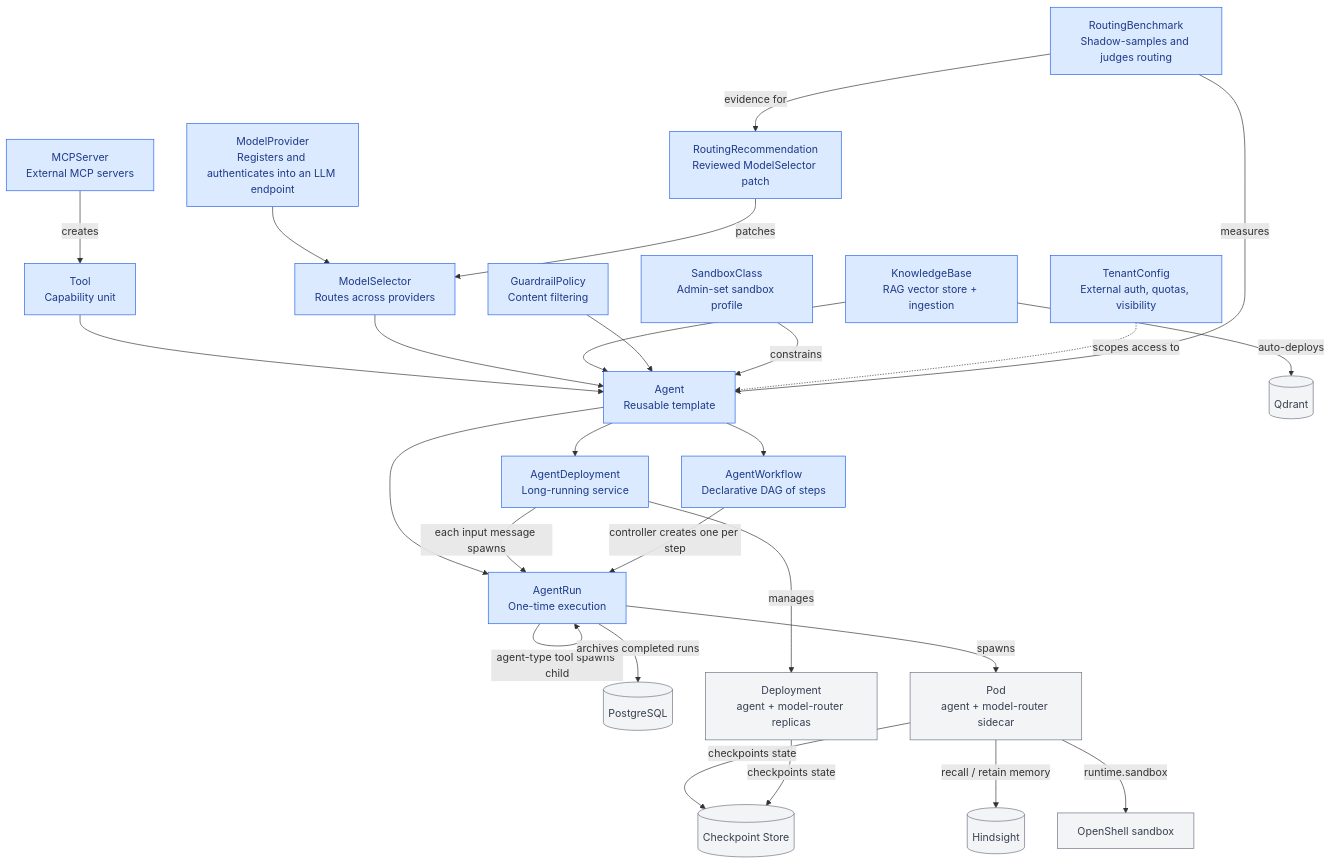
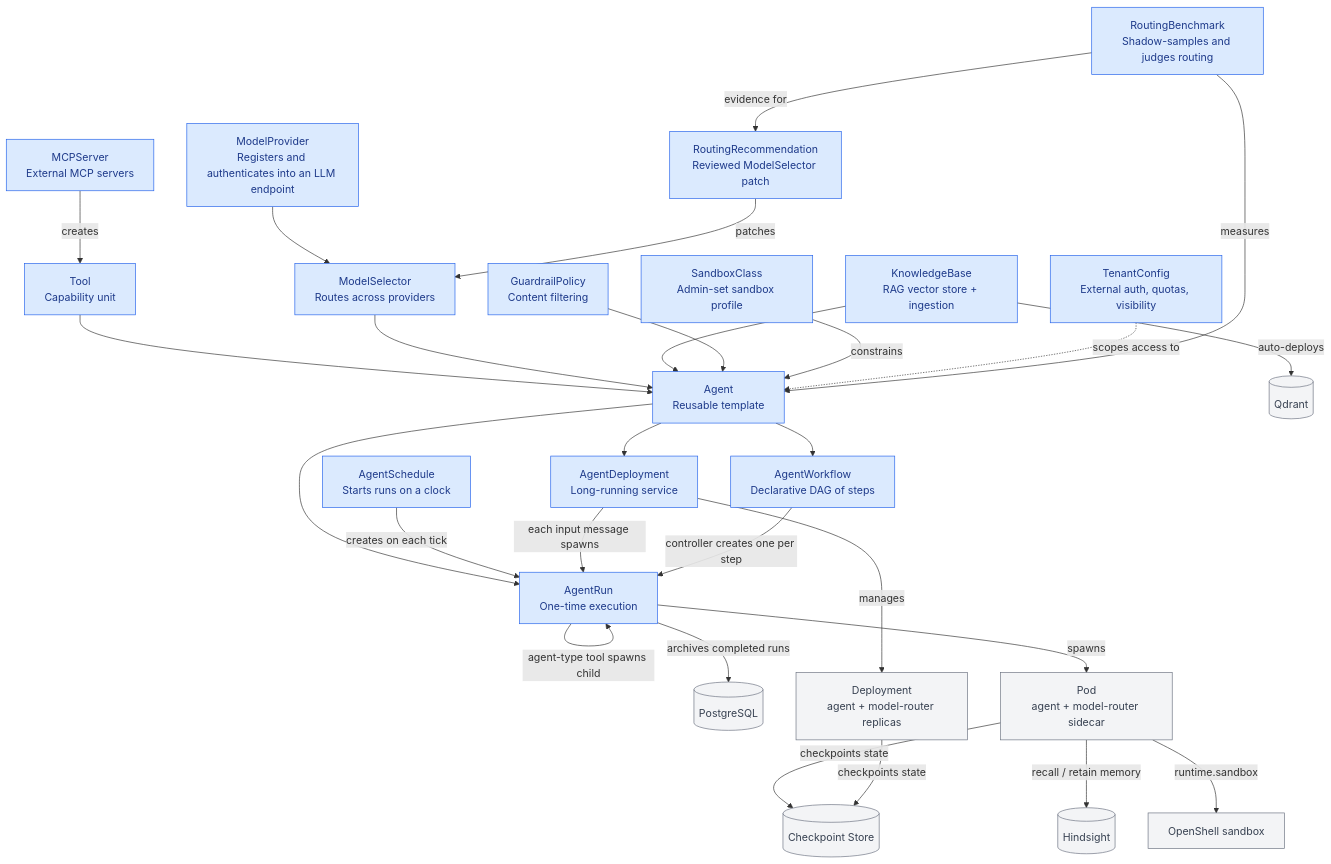
The first of 6 diagrams in docs/crds.md (heddles/agent-orca), drawn with Mermaid before and after one commit. The commit also changed other lines of this file and 22 other files, not shown here.

First line of the commit message:
feat(schedule): AgentSchedule CRD and controller core (S1) (#224)

````diff
--- a/docs/crds.md
+++ b/docs/crds.md
@@ -11,36 +11,37 @@
 ```mermaid
 graph TD
     MP[ModelProvider<br/>Registers and authenticates into an LLM endpoint] --> MS[ModelSelector<br/>Routes across providers]
     T[Tool<br/>Capability unit] --> A[Agent<br/>Reusable template]
     MS --> A
     KB[KnowledgeBase<br/>RAG vector store + ingestion] --> A
     A --> AR[AgentRun<br/>One-time execution]
     A --> AD[AgentDeployment<br/>Long-running service]
     A --> AW[AgentWorkflow<br/>Declarative DAG of steps]
+    SCH[AgentSchedule<br/>Starts runs on a clock] -->|creates on each tick| AR
     GP[GuardrailPolicy<br/>Content filtering] --> A
     MCPS[MCPServer<br/>External MCP servers] -->|creates| T
     SC[SandboxClass<br/>Admin-set sandbox profile] -->|constrains| A
     TC[TenantConfig<br/>External auth, quotas, visibility] -.->|scopes access to| A
     RB[RoutingBenchmark<br/>Shadow-samples and judges routing] -->|measures| A
     RB -->|evidence for| RR[RoutingRecommendation<br/>Reviewed ModelSelector patch]
     RR -->|patches| MS
 
     AD -->|each input message spawns| AR
     AR -->|agent-type tool spawns child| AR
     AW -->|controller creates one per step| AR
 
     AR -->|spawns| Pod1[Pod<br/>agent + model-router sidecar]
     AD -->|manages| Dep[Deployment<br/>agent + model-router replicas]
 
     Pod1 -->|checkpoints state| CS[(Checkpoint Store)]
     Dep -->|checkpoints state| CS
     KB -->|auto-deploys| QD[(Qdrant)]
     AR -->|archives completed runs| PG[(PostgreSQL)]
     Pod1 -->|recall / retain memory| HS[(Hindsight)]
     Pod1 -->|runtime.sandbox| OS[OpenShell sandbox]
 
     classDef crd fill:#dbeafe,stroke:#2563eb,color:#1e3a8a
     classDef infra fill:#f3f4f6,stroke:#6b7280,color:#374151
-    class MP,MS,T,A,AR,AD,AW,KB,GP,MCPS,SC,TC,RB,RR crd
+    class MP,MS,T,A,AR,AD,AW,KB,GP,MCPS,SC,TC,RB,RR,SCH crd
     class Pod1,Dep,CS,QD,PG,HS,OS infra
 ```
````
